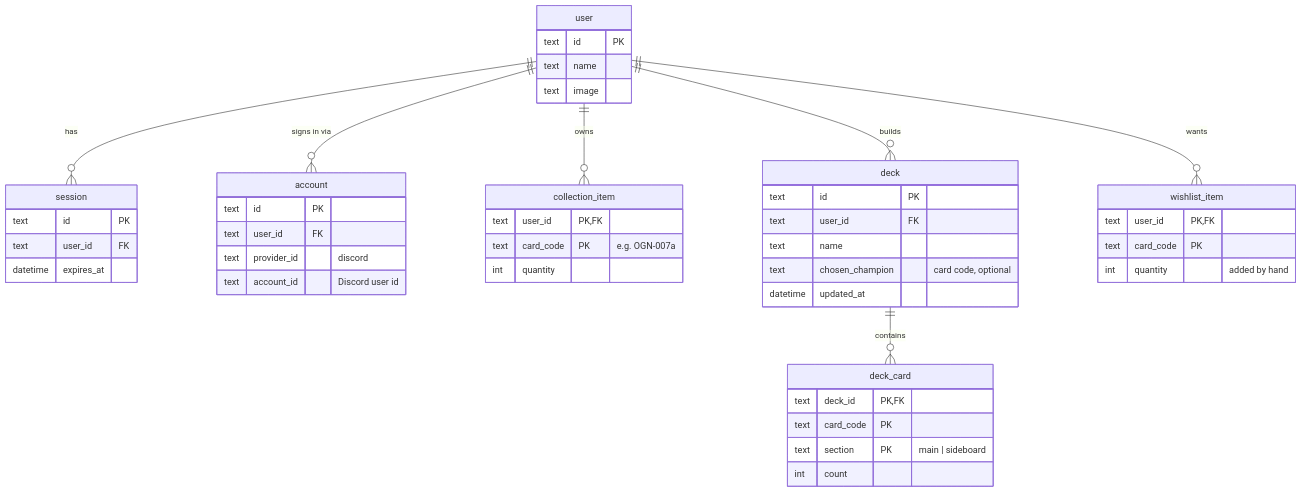
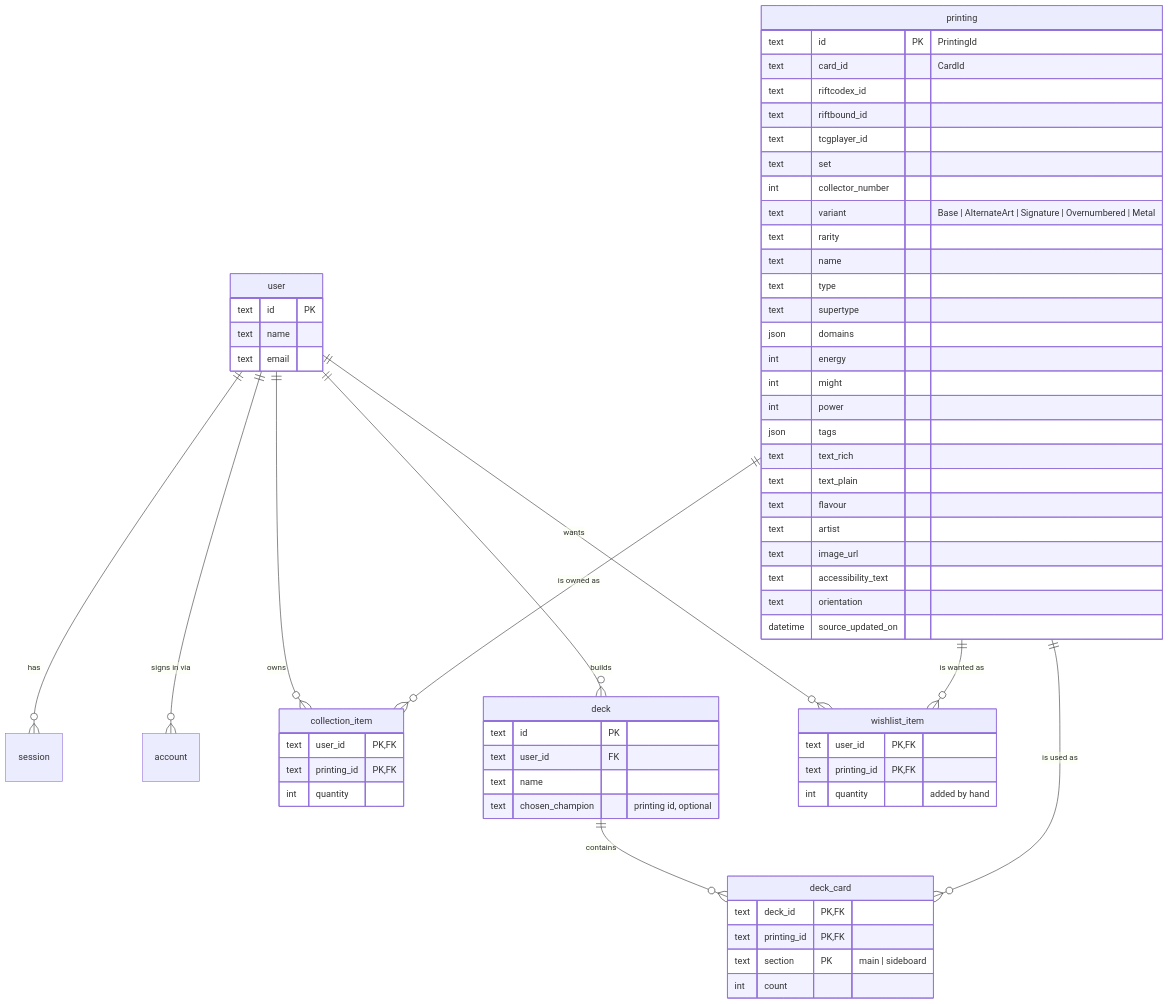
The first of 7 diagrams in docs/03-data-and-flows.md (NichAnti/runebinder), drawn with Mermaid before and after one commit. The commit also changed other lines of this file and 3 other files, not shown here.

````diff
--- a/docs/03-data-and-flows.md
+++ b/docs/03-data-and-flows.md
@@ -20,49 +21,67 @@
 ```mermaid
 erDiagram
   user ||--o{ session : has
   user ||--o{ account : "signs in via"
   user ||--o{ collection_item : owns
   user ||--o{ deck : builds
   deck ||--o{ deck_card : contains
   user ||--o{ wishlist_item : wants
+  printing ||--o{ collection_item : "is owned as"
+  printing ||--o{ deck_card : "is used as"
+  printing ||--o{ wishlist_item : "is wanted as"
 
+  printing {
+    text id PK "PrintingId"
+    text card_id "CardId"
+    text riftcodex_id
+    text riftbound_id
+    text tcgplayer_id
+    text set
+    int collector_number
+    text variant "Base | AlternateArt | Signature | Overnumbered | Metal"
+    text rarity
+    text name
+    text type
+    text supertype
+    json domains
+    int energy
+    int might
+    int power
+    json tags
+    text text_rich
+    text text_plain
+    text flavour
+    text artist
+    text image_url
+    text accessibility_text
+    text orientation
+    datetime source_updated_on
+  }
   user {
     text id PK
     text name
-    text image
-  }
-  session {
-    text id PK
-    text user_id FK
-    datetime expires_at
-  }
-  account {
-    text id PK
-    text user_id FK
-    text provider_id "discord"
-    text account_id "Discord user id"
+    text email
   }
   collection_item {
     text user_id PK, FK
-    text card_code PK "e.g. OGN-007a"
+    text printing_id PK, FK
     int quantity
   }
   deck {
     text id PK
     text user_id FK
     text name
-    text chosen_champion "card code, optional"
-    datetime updated_at
+    text chosen_champion "printing id, optional"
   }
   deck_card {
     text deck_id PK, FK
-    text card_code PK
+    text printing_id PK, FK
     text section PK "main | sideboard"
     int count
   }
   wishlist_item {
     text user_id PK, FK
-    text card_code PK
+    text printing_id PK, FK
     int quantity "added by hand"
   }
 ```
````
